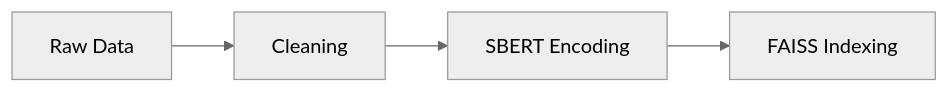
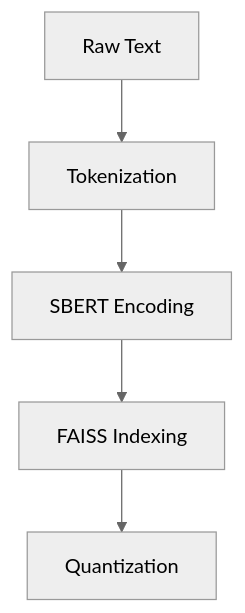
The second of 2 diagrams in knowledgetransfer.md (hua2980/CS6120_project), drawn with Mermaid (neutral theme) before and after one commit. The commit also changed other lines of this file and 1 other file, not shown here.

````diff
--- a/knowledgetransfer.md
+++ b/knowledgetransfer.md
@@ -63,6 +73,7 @@
-   ```mermaid
-   graph LR
-       A[Raw Data] --> B[Cleaning]
-       B --> C[SBERT Encoding]
-       C --> D[FAISS Indexing]
-   ```
+```mermaid
+graph TB
+    A[Raw Text] --> B[Tokenization]
+    B --> C[SBERT Encoding]
+    C --> D[FAISS Indexing]
+    D --> E[Quantization]
+```
````
